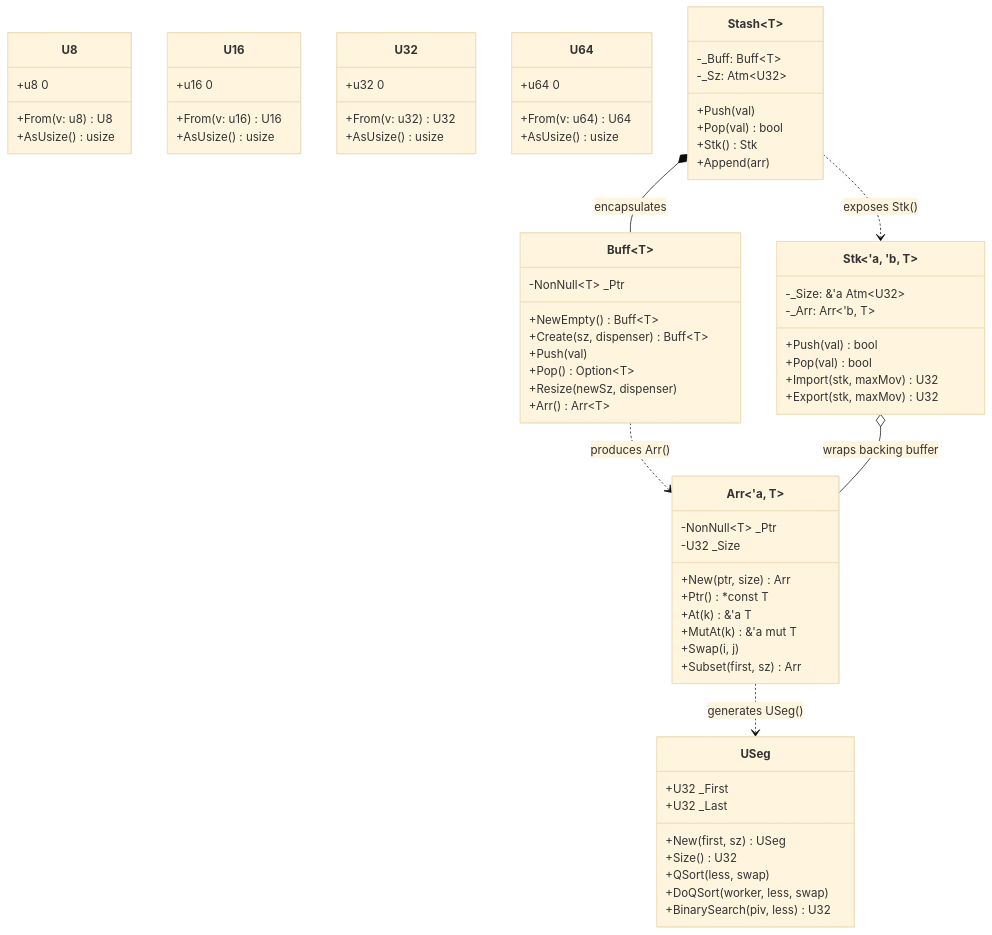
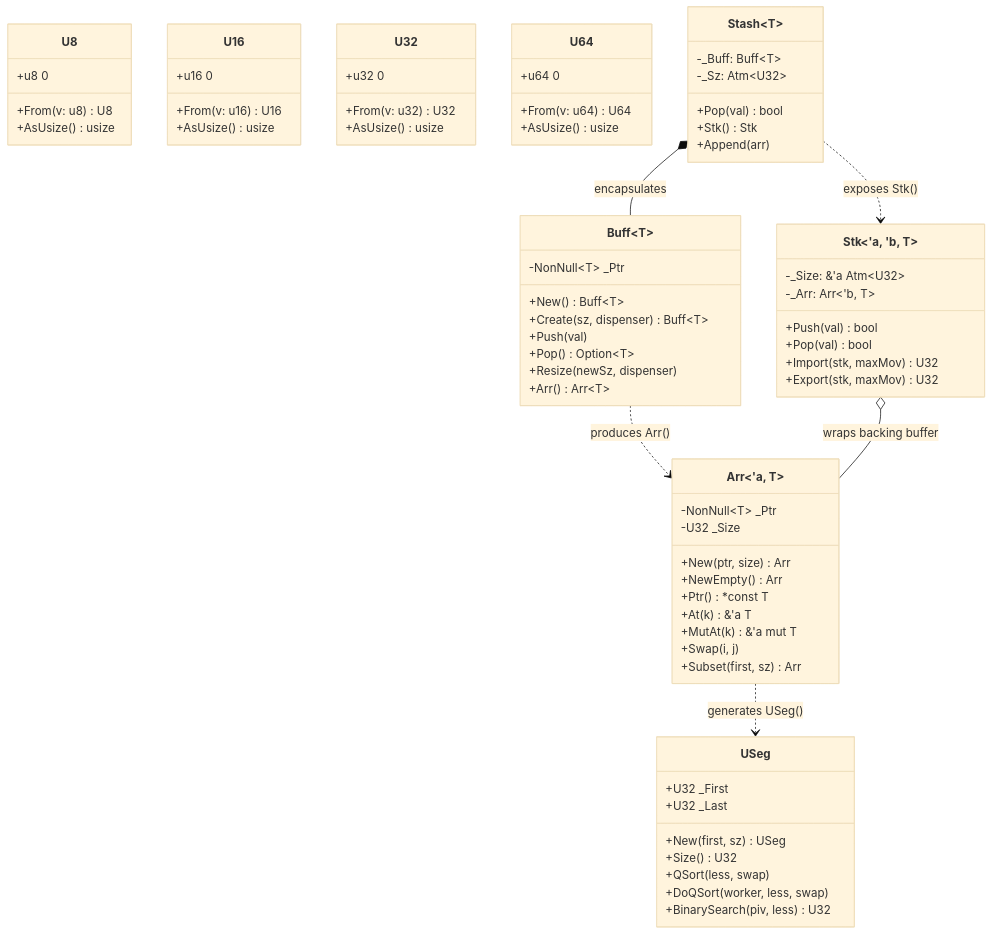
One commit to jswarup/Kosh changed the first of 2 diagrams in wiki/Silo.md. Above: the diagram before and after it, drawn with Mermaid (base theme). The commit also changed other lines of this file and 22 other files, not shown here.

Commit message:
Replace NewEmpty with New for Buff, ExprRepos, and Stash across workspace

````diff
--- a/wiki/Silo.md
+++ b/wiki/Silo.md
@@ -19,73 +19,73 @@
 ```mermaid
 classDiagram
     class U8 {
         +u8 0
         +From(v: u8) U8
         +AsUsize() usize
     }
     class U16 {
         +u16 0
         +From(v: u16) U16
         +AsUsize() usize
     }
     class U32 {
         +u32 0
         +From(v: u32) U32
         +AsUsize() usize
     }
     class U64 {
         +u64 0
         +From(v: u64) U64
         +AsUsize() usize
     }
     class USeg {
         +U32 _First
         +U32 _Last
         +New(first, sz) USeg
         +Size() U32
         +QSort(less, swap)
         +DoQSort(worker, less, swap)
         +BinarySearch(piv, less) U32
     }
     class Buff~T~ {
         -NonNull~T~ _Ptr
-        +NewEmpty() Buff~T~
+        +New() Buff~T~
         +Create(sz, dispenser) Buff~T~
         +Push(val)
         +Pop() Option~T~
         +Resize(newSz, dispenser)
         +Arr() Arr~T~
     }
     class Arr~'a, T~ {
         -NonNull~T~ _Ptr
         -U32 _Size
         +New(ptr, size) Arr
+        +NewEmpty() Arr
         +Ptr() *const T
         +At(k) &'a T
         +MutAt(k) &'a mut T
         +Swap(i, j)
         +Subset(first, sz) Arr
     }
     class Stk~'a, 'b, T~ {
         -_Size: &'a Atm~U32~
         -_Arr: Arr~'b, T~
         +Push(val) bool
         +Pop(val) bool
         +Import(stk, maxMov) U32
         +Export(stk, maxMov) U32
     }
     class Stash~T~ {
         -_Buff: Buff~T~
         -_Sz: Atm~U32~
-        +Push(val)
         +Pop(val) bool
         +Stk() Stk
         +Append(arr)
     }
 
     Buff ..> Arr : produces Arr()
     Stash *-- Buff : encapsulates
     Stash ..> Stk : exposes Stk()
     Stk o-- Arr : wraps backing buffer
     Arr ..> USeg : generates USeg()
 ```
````
